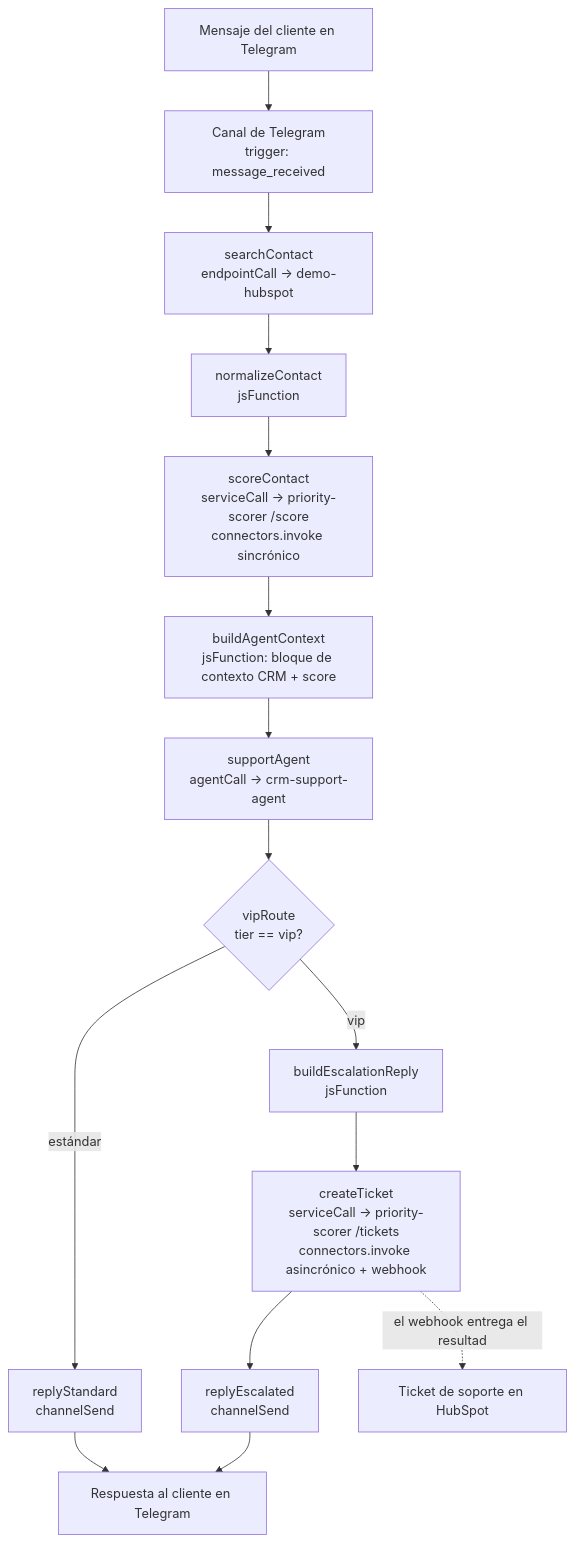
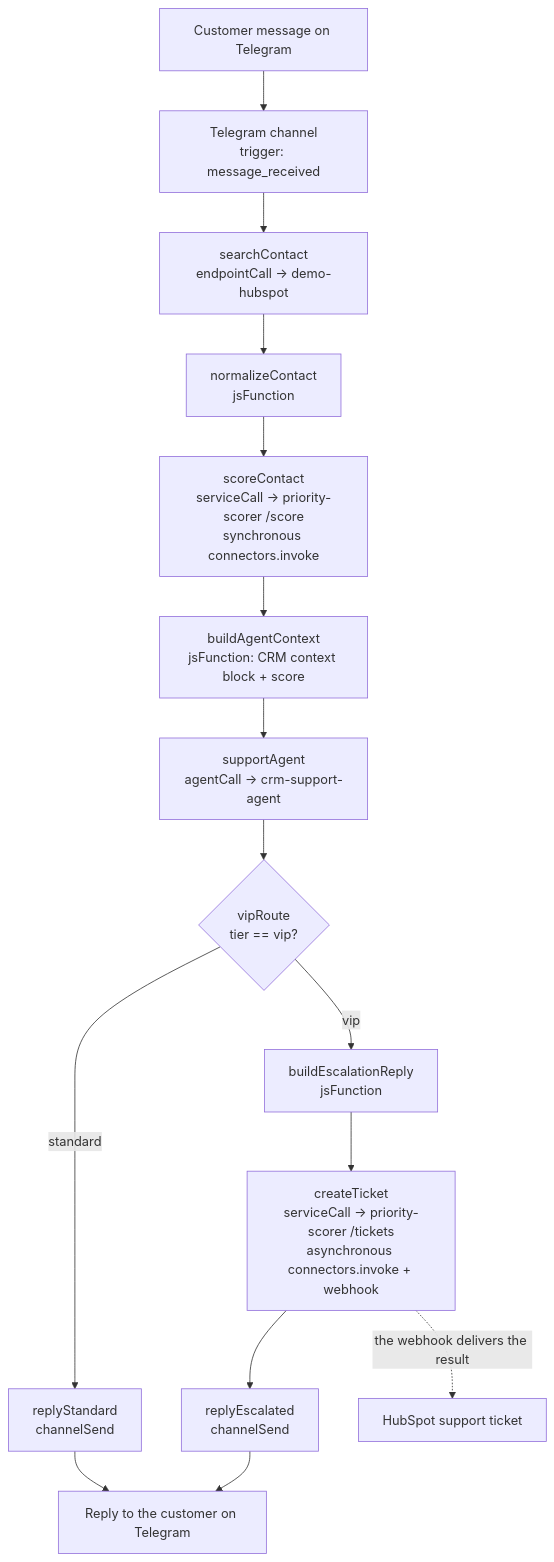
The diagram in demos/crm-support-telegram/README.md (ccarnero/colloqui), drawn with Mermaid before and after one commit. The commit also changed other lines of this file and 2 other files, not shown here.

Commit message:
docs(demos): 03-T03 translate crm-support-telegram README to English, drop retired suite from GROWTH-PLAN

````diff
--- a/demos/crm-support-telegram/README.md
+++ b/demos/crm-support-telegram/README.md
@@ -42,17 +39,17 @@
 ```mermaid
 flowchart TD
-    A[Mensaje del cliente en Telegram] --> B[Canal de Telegram<br/>trigger: message_received]
+    A[Customer message on Telegram] --> B[Telegram channel<br/>trigger: message_received]
     B --> C[searchContact<br/>endpointCall -> demo-hubspot]
     C --> D[normalizeContact<br/>jsFunction]
-    D --> E[scoreContact<br/>serviceCall -> priority-scorer /score<br/>connectors.invoke sincrónico]
-    E --> F[buildAgentContext<br/>jsFunction: bloque de contexto CRM + score]
+    D --> E[scoreContact<br/>serviceCall -> priority-scorer /score<br/>synchronous connectors.invoke]
+    E --> F[buildAgentContext<br/>jsFunction: CRM context block + score]
     F --> G[supportAgent<br/>agentCall -> crm-support-agent]
     G --> H{vipRoute<br/>tier == vip?}
-    H -- estándar --> I[replyStandard<br/>channelSend]
+    H -- standard --> I[replyStandard<br/>channelSend]
     H -- vip --> J[buildEscalationReply<br/>jsFunction]
-    J --> K[createTicket<br/>serviceCall -> priority-scorer /tickets<br/>connectors.invoke asincrónico + webhook]
+    J --> K[createTicket<br/>serviceCall -> priority-scorer /tickets<br/>asynchronous connectors.invoke + webhook]
     K --> L[replyEscalated<br/>channelSend]
-    K -.el webhook entrega el resultado.-> M[Ticket de soporte en HubSpot]
-    I --> N[Respuesta al cliente en Telegram]
+    K -.the webhook delivers the result.-> M[HubSpot support ticket]
+    I --> N[Reply to the customer on Telegram]
     L --> N
 ```
````
